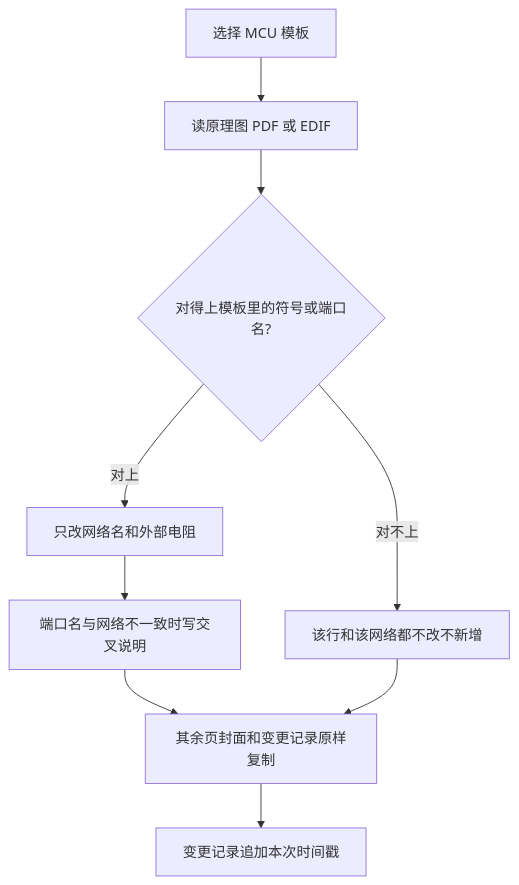
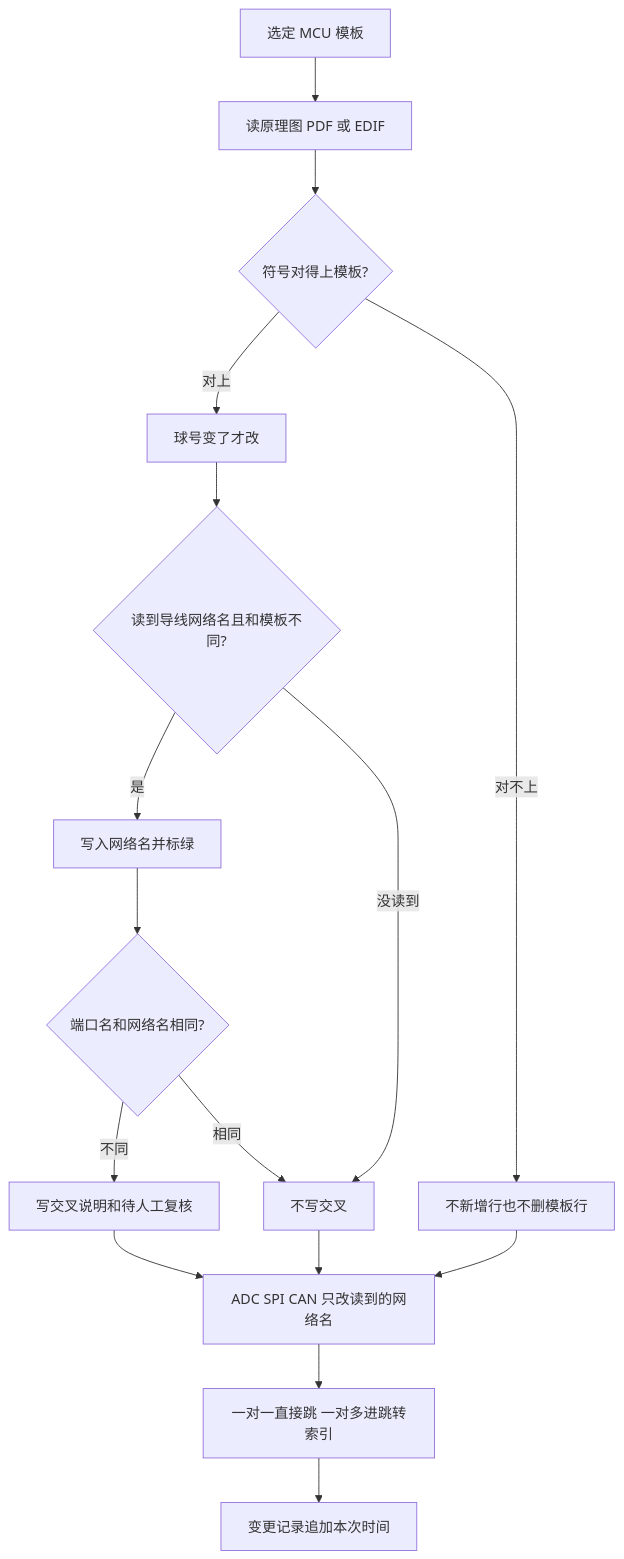
One commit to wang049/qibiao changed the first of 4 diagrams in docs/出表流程.md. Above: the diagram before and after it, drawn with Mermaid. The commit also changed other lines of this file and 30 other files, not shown here.

Commit message:
有原理图时按 DHTE400 发布稿归档，只改对上的格子并保持原表能直接用。ICD 在原表写明和上一版的关系，流程图按实际出表步骤写清。

````diff
--- a/docs/出表流程.md
+++ b/docs/出表流程.md
@@ -7,11 +7,18 @@
 ```mermaid
 flowchart TD
-  A[选择 MCU 模板] --> B[读原理图 PDF 或 EDIF]
-  B --> C{对得上模板里的符号或端口名?}
-  C -->|对上| D[只改网络名和外部电阻]
-  D --> E[端口名与网络不一致时写交叉说明]
-  C -->|对不上| F[该行和该网络都不改不新增]
-  E --> G[其余页封面和变更记录原样复制]
-  F --> G
-  G --> H[变更记录追加本次时间戳]
+  A[选定 MCU 模板] --> B[读原理图 PDF 或 EDIF]
+  B --> C{符号对得上模板?}
+  C -->|对上| D[球号变了才改]
+  D --> E{读到导线网络名且和模板不同?}
+  E -->|是| F[写入网络名并标绿]
+  F --> G{端口名和网络名相同?}
+  G -->|不同| H[写交叉说明和待人工复核]
+  G -->|相同| I[不写交叉]
+  E -->|没读到| I
+  C -->|对不上| J[不新增行也不删模板行]
+  H --> K[ADC SPI CAN 只改读到的网络名]
+  I --> K
+  J --> K
+  K --> L[一对一直接跳 一对多进跳转索引]
+  L --> M[变更记录追加本次时间]
 ```
````
